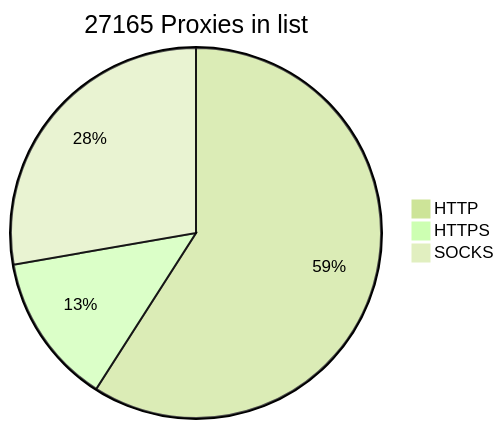
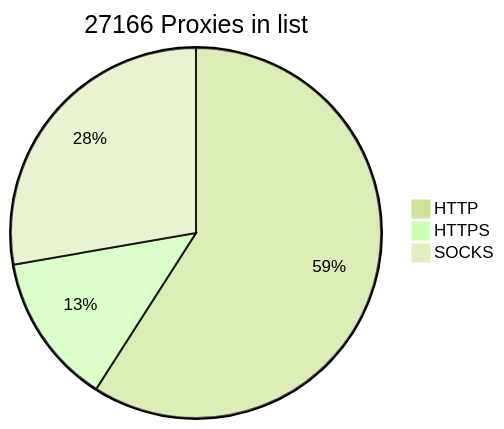
One commit to BlackSnowDot/proxylist-update-every-minute changed the diagram in README.md. Above: the diagram before and after it, drawn with Mermaid (forest theme).

````diff
--- a/README.md
+++ b/README.md
@@ -2,6 +2,6 @@
 ```mermaid
-pie title 27165 Proxies in list
-    "HTTP" : 17747
+pie title 27166 Proxies in list
+    "HTTP" : 17748
     "HTTPS": 3968
     "SOCKS" : 8336
 ```
````
